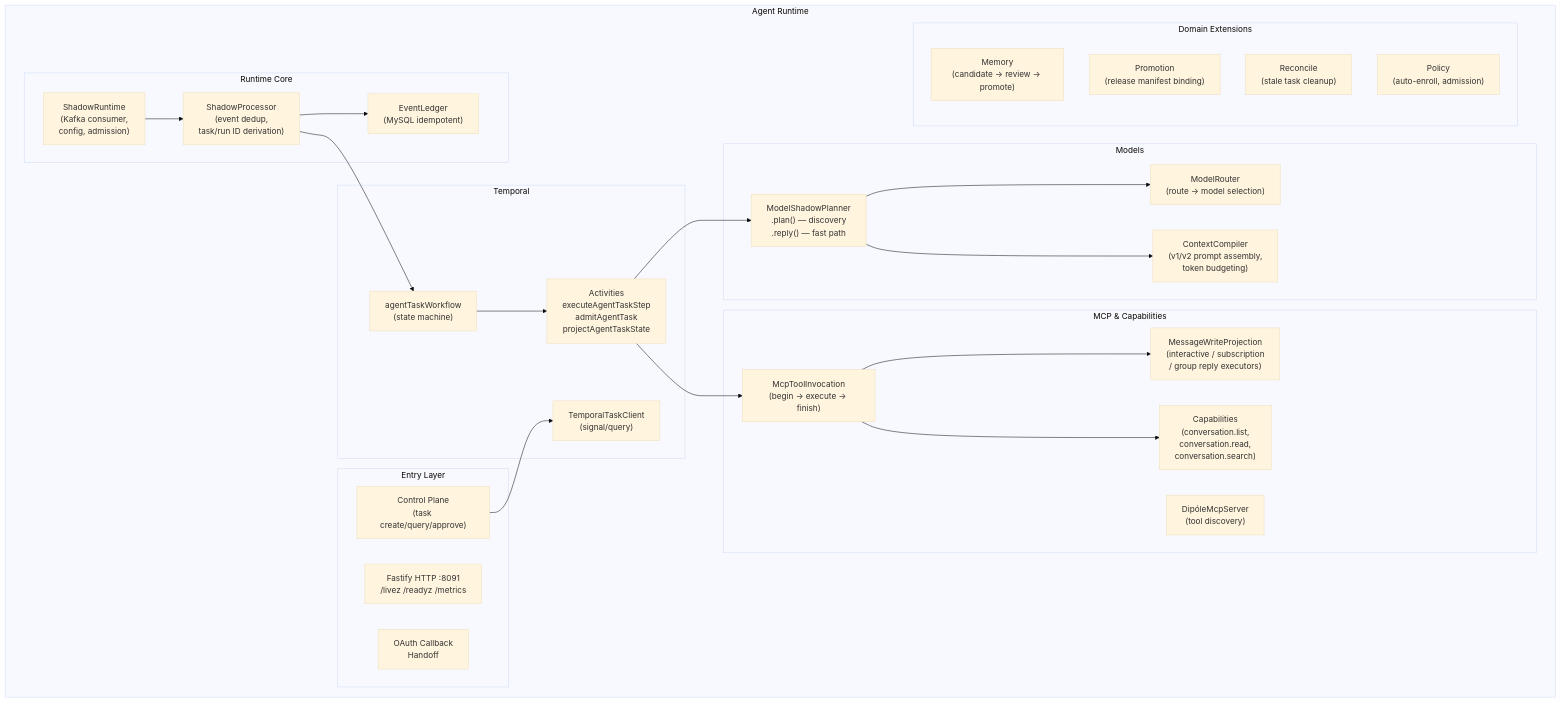
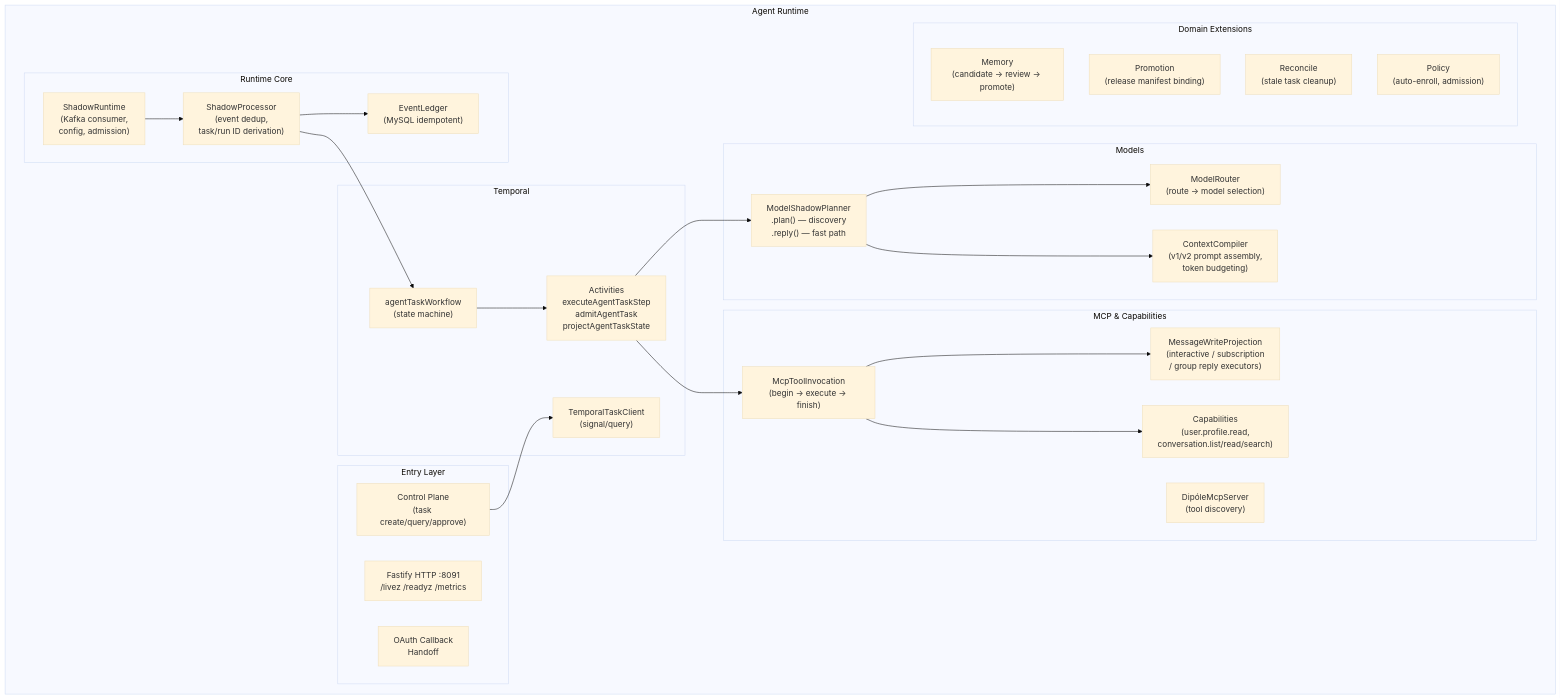
Before and after one commit to JekYUlll/Dipole: the seventh of 21 diagrams in docs/ARCHITECTURE.md, drawn with Mermaid (base theme). The commit also changed other lines of this file and 3 other files, not shown here.

````diff
--- a/docs/ARCHITECTURE.md
+++ b/docs/ARCHITECTURE.md
@@ -371,53 +371,53 @@
 ```mermaid
 graph TB
     subgraph "Agent Runtime"
         subgraph "Entry Layer"
             HTTP["Fastify HTTP :8091<br/>/livez /readyz /metrics"]
             CTRL["Control Plane<br/>(task create/query/approve)"]
             OAUTH["OAuth Callback<br/>Handoff"]
         end
 
         subgraph "Runtime Core"
             SHADOW["ShadowRuntime<br/>(Kafka consumer,<br/>config, admission)"]
             PROCESSOR["ShadowProcessor<br/>(event dedup,<br/>task/run ID derivation)"]
             LEDGER["EventLedger<br/>(MySQL idempotent)"]
         end
 
         subgraph "Models"
             PLANNER["ModelShadowPlanner<br/>.plan() — discovery<br/>.reply() — fast path"]
             ROUTER["ModelRouter<br/>(route → model selection)"]
             CONTEXT["ContextCompiler<br/>(v1/v2 prompt assembly,<br/>token budgeting)"]
         end
 
         subgraph "Temporal"
             WORKFLOW["agentTaskWorkflow<br/>(state machine)"]
             ACTIVITIES["Activities<br/>executeAgentTaskStep<br/>admitAgentTask<br/>projectAgentTaskState"]
             TASK_CLIENT["TemporalTaskClient<br/>(signal/query)"]
         end
 
         subgraph "MCP & Capabilities"
             MCP_SERVER["DipóleMcpServer<br/>(tool discovery)"]
             INVOCATION["McpToolInvocation<br/>(begin → execute → finish)"]
             MSG_WRITE["MessageWriteProjection<br/>(interactive / subscription<br/>/ group reply executors)"]
-            CAPS["Capabilities<br/>(conversation.list,<br/>conversation.read,<br/>conversation.search)"]
+            CAPS["Capabilities<br/>(user.profile.read,<br/>conversation.list/read/search)"]
         end
 
         subgraph "Domain Extensions"
             MEMORY["Memory<br/>(candidate → review → promote)"]
             PROMO["Promotion<br/>(release manifest binding)"]
             RECONCILE["Reconcile<br/>(stale task cleanup)"]
             POLICY["Policy<br/>(auto-enroll, admission)"]
         end
     end
 
     SHADOW --> PROCESSOR --> LEDGER
     PROCESSOR --> WORKFLOW
     WORKFLOW --> ACTIVITIES
     ACTIVITIES --> PLANNER
     PLANNER --> ROUTER
     PLANNER --> CONTEXT
     ACTIVITIES --> INVOCATION
     INVOCATION --> MSG_WRITE
     INVOCATION --> CAPS
     CTRL --> TASK_CLIENT
 ```
````
